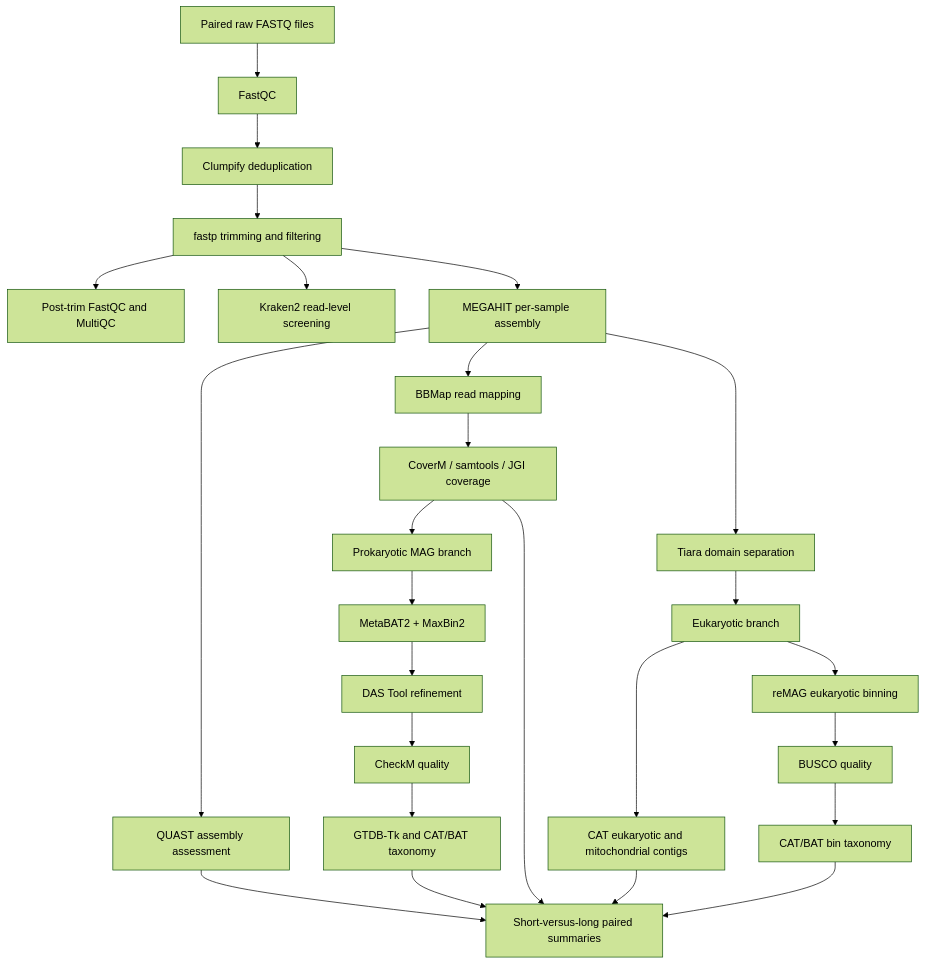
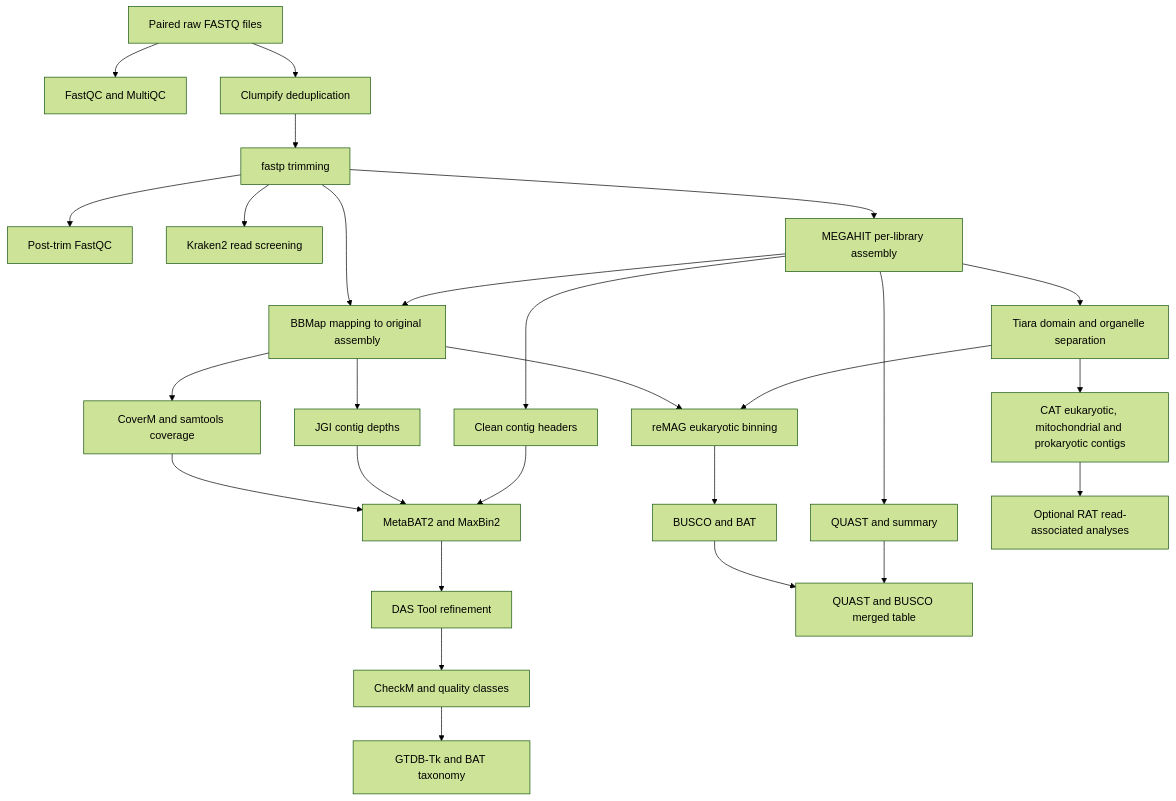
The diagram in README.md (rguden/eDNA_African_freshwater_metagenomics_pipeline), drawn with Mermaid (forest theme) before and after one commit. The commit also changed other lines of this file and 3 other files, not shown here.

````diff
--- a/README.md
+++ b/README.md
@@ -28,32 +20,29 @@
 ```mermaid
 flowchart TD
-    A[Paired raw FASTQ files] --> B[FastQC]
-    B --> C[Clumpify deduplication]
-    C --> D[fastp trimming and filtering]
-    D --> E[Post-trim FastQC and MultiQC]
-    D --> F[Kraken2 read-level screening]
-    D --> G[MEGAHIT per-sample assembly]
-    G --> H[QUAST assembly assessment]
-    G --> I[BBMap read mapping]
-    I --> J[CoverM / samtools / JGI coverage]
-
-    G --> K[Tiara domain separation]
-
-    J --> L[Prokaryotic MAG branch]
-    L --> M[MetaBAT2 + MaxBin2]
+    A[Paired raw FASTQ files] --> B[FastQC and MultiQC]
+    A --> C[Clumpify deduplication]
+    C --> D[fastp trimming]
+    D --> E[Post-trim FastQC]
+    D --> F[Kraken2 read screening]
+    D --> G[MEGAHIT per-library assembly]
+    G --> H[QUAST and summary]
+    G --> I[BBMap mapping to original assembly]
+    D --> I
+    I --> J[CoverM and samtools coverage]
+    I --> K[JGI contig depths]
+    G --> L[Clean contig headers]
+    L --> M[MetaBAT2 and MaxBin2]
+    K --> M
+    J --> M
     M --> N[DAS Tool refinement]
-    N --> O[CheckM quality]
-    O --> P[GTDB-Tk and CAT/BAT taxonomy]
-
-    K --> Q[Eukaryotic branch]
-    Q --> R[CAT eukaryotic and mitochondrial contigs]
+    N --> O[CheckM and quality classes]
+    O --> P[GTDB-Tk and BAT taxonomy]
+    G --> Q[Tiara domain and organelle separation]
+    Q --> R[CAT eukaryotic, mitochondrial and prokaryotic contigs]
     Q --> S[reMAG eukaryotic binning]
-    S --> T[BUSCO quality]
-    T --> U[CAT/BAT bin taxonomy]
-
-    H --> V[Short-versus-long paired summaries]
-    P --> V
-    R --> V
-    U --> V
-    J --> V
+    I --> S
+    S --> T[BUSCO and BAT]
+    R --> U[Optional RAT read-associated analyses]
+    H --> V[QUAST and BUSCO merged table]
+    T --> V
 ```
````
